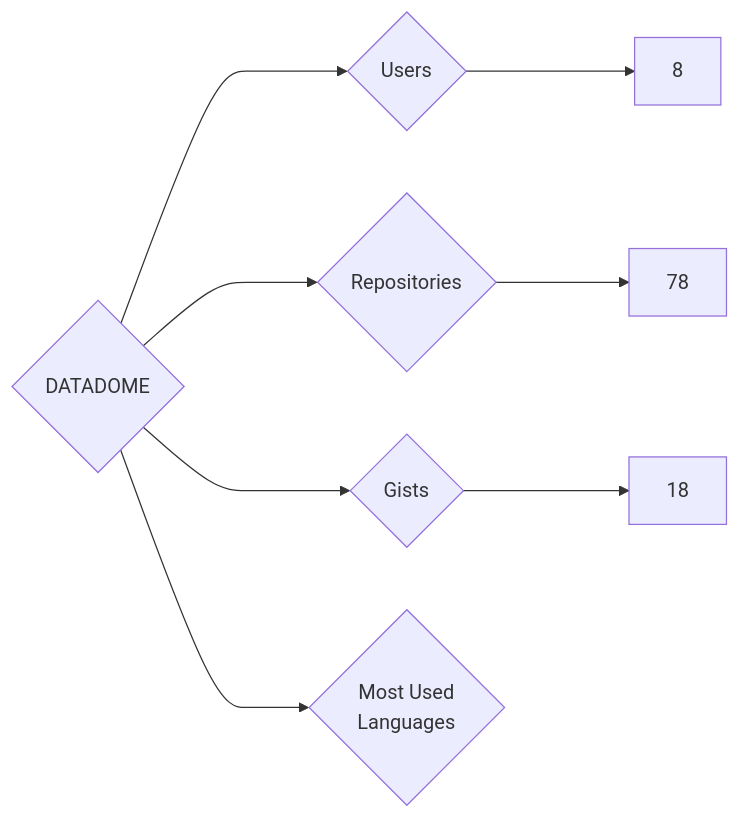
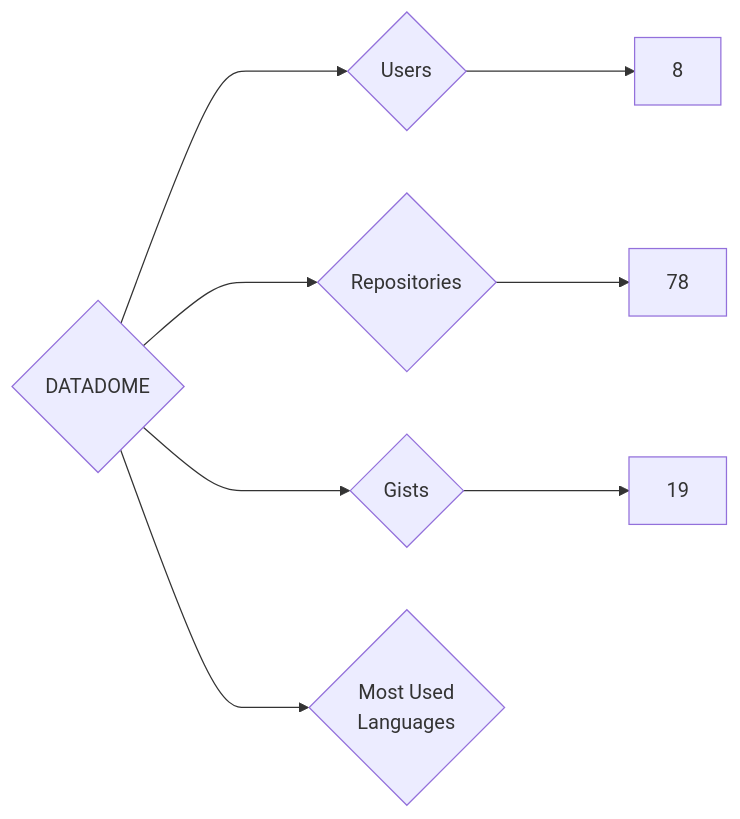
The diagram in targets/DATADOME/README.md (nenadzaric/insiders), drawn with Mermaid before and after one commit. The commit also changed 1342 other files, not shown here.

````diff
--- a/targets/DATADOME/README.md
+++ b/targets/DATADOME/README.md
@@ -3,8 +3,8 @@
 ```mermaid
 graph LR
 COMPANY_NAME{DATADOME}
 COMPANY_NAME ---> U{Users} ---> UN[8]
 COMPANY_NAME ---> R{Repositories} ---> RN[78]
-COMPANY_NAME ---> G{Gists} ---> GN[18]
+COMPANY_NAME ---> G{Gists} ---> GN[19]
 COMPANY_NAME ---> ML{Most Used<br>Languages}
 ```
````
